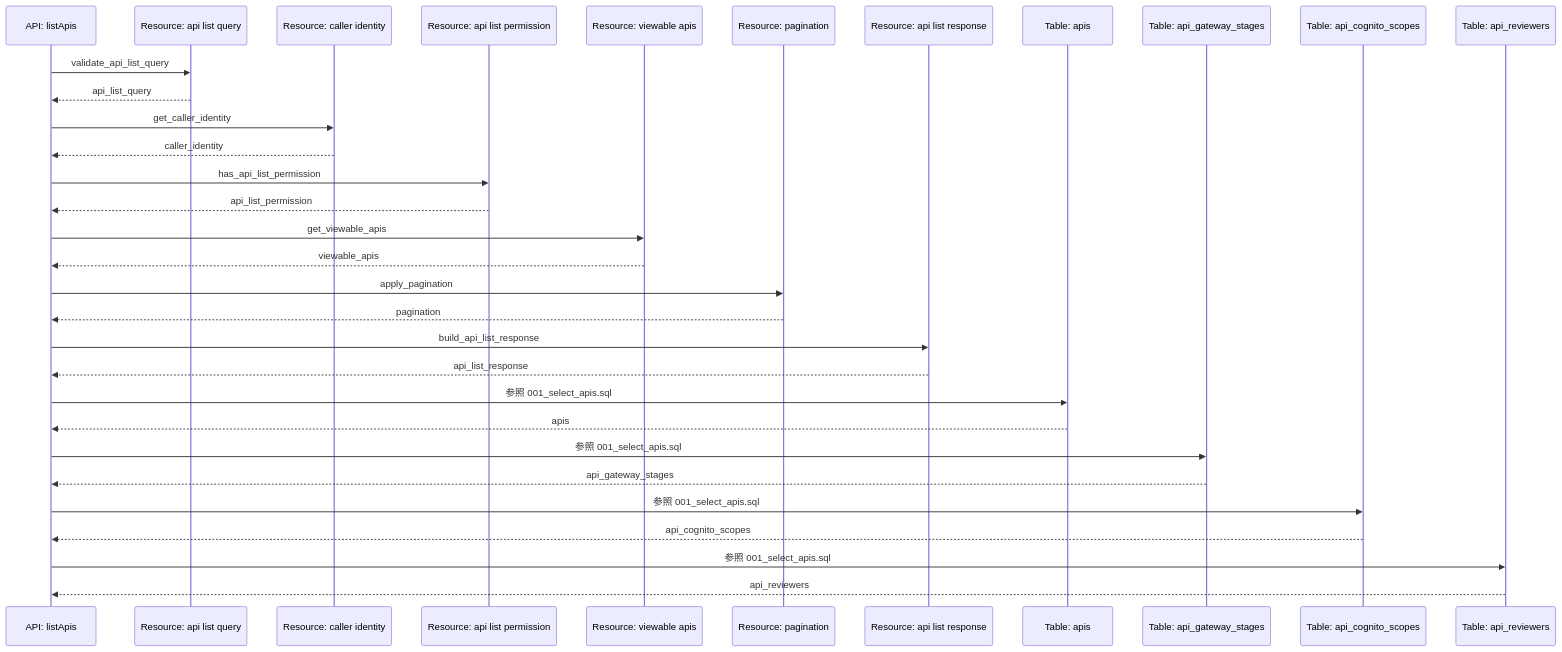
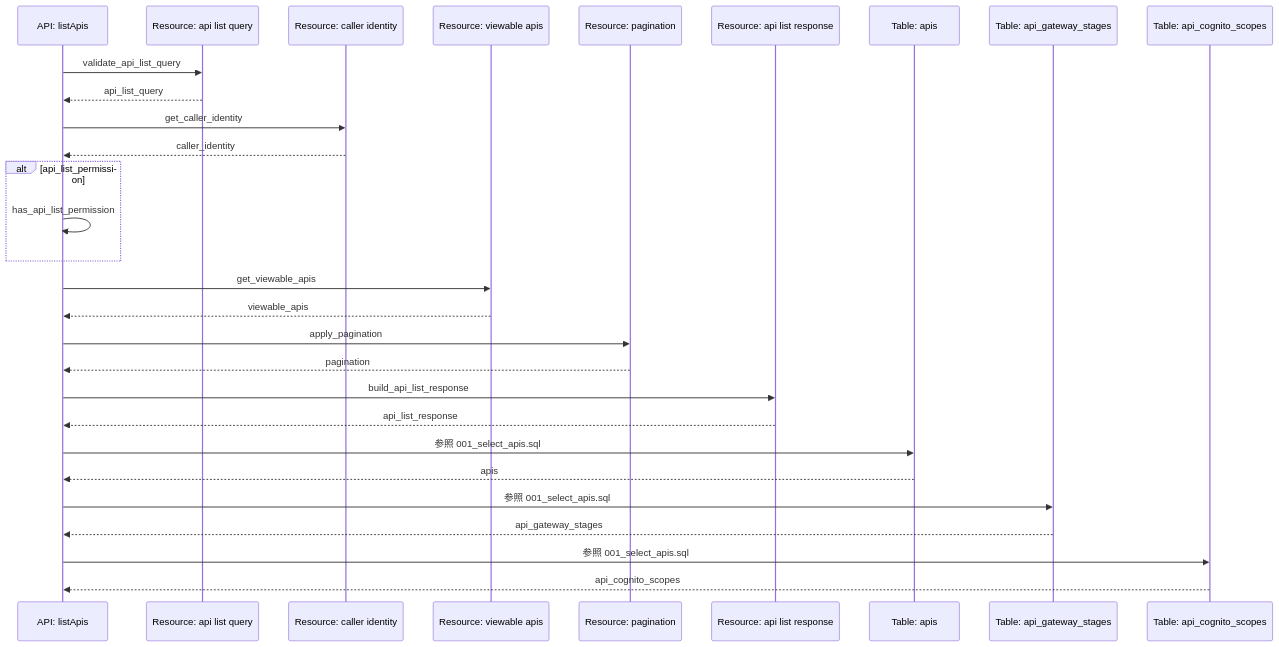
Before and after one commit to tsuji-tomonori/lazunex: the diagram in docs/spec/40.apis/apis/list_apis/sequence_gen.md, drawn with Mermaid. The commit also changed 28 other files, not shown here.

First line of the commit message:
♻️ refactor(api): API sequence functionを必要範囲へ整理

````diff
--- a/docs/spec/40.apis/apis/list_apis/sequence_gen.md
+++ b/docs/spec/40.apis/apis/list_apis/sequence_gen.md
@@ -5,34 +5,31 @@
 ```mermaid
 sequenceDiagram
   participant API as API: listApis
   participant R_api_list_query as Resource: api list query
   participant R_caller_identity as Resource: caller identity
-  participant R_api_list_permission as Resource: api list permission
   participant R_viewable_apis as Resource: viewable apis
   participant R_pagination as Resource: pagination
   participant R_api_list_response as Resource: api list response
   participant T_apis as Table: apis
   participant T_api_gateway_stages as Table: api_gateway_stages
   participant T_api_cognito_scopes as Table: api_cognito_scopes
-  participant T_api_reviewers as Table: api_reviewers
   API->>R_api_list_query: validate_api_list_query
   R_api_list_query-->>API: api_list_query
   API->>R_caller_identity: get_caller_identity
   R_caller_identity-->>API: caller_identity
-  API->>R_api_list_permission: has_api_list_permission
-  R_api_list_permission-->>API: api_list_permission
+  alt api_list_permission
+    API->>API: has_api_list_permission
+  end
   API->>R_viewable_apis: get_viewable_apis
   R_viewable_apis-->>API: viewable_apis
   API->>R_pagination: apply_pagination
   R_pagination-->>API: pagination
   API->>R_api_list_response: build_api_list_response
   R_api_list_response-->>API: api_list_response
   API->>T_apis: 参照 001_select_apis.sql
   T_apis-->>API: apis
   API->>T_api_gateway_stages: 参照 001_select_apis.sql
   T_api_gateway_stages-->>API: api_gateway_stages
   API->>T_api_cognito_scopes: 参照 001_select_apis.sql
   T_api_cognito_scopes-->>API: api_cognito_scopes
-  API->>T_api_reviewers: 参照 001_select_apis.sql
-  T_api_reviewers-->>API: api_reviewers
 ```
````
